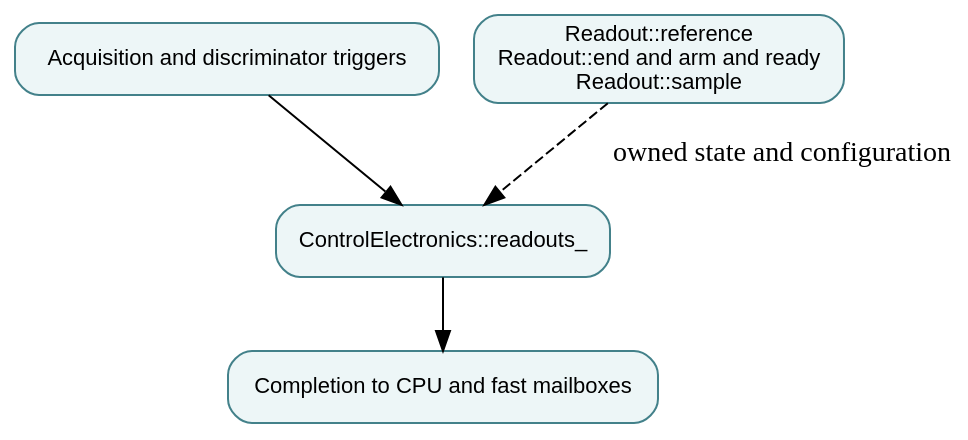
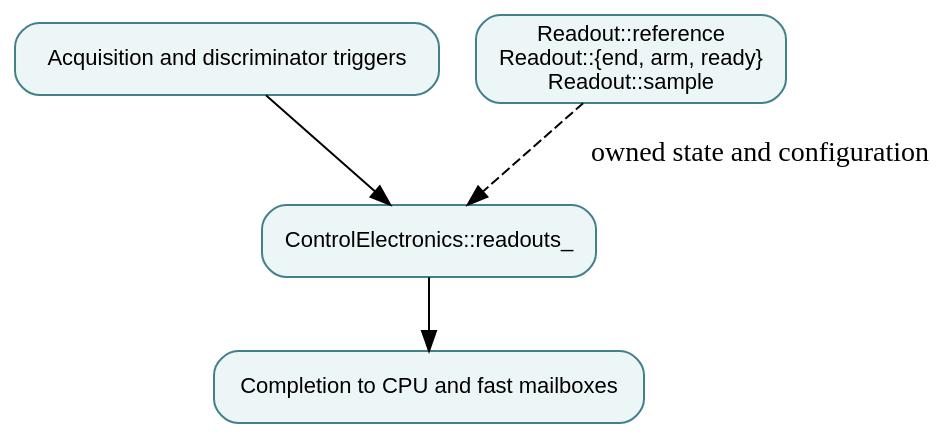
The diagram in docs/modules/acquisition-and-discrimination.md (qsbit-org/qsbit-sim), drawn with Graphviz before and after one commit. The commit also changed other lines of this file and 53 other files, not shown here.

````diff
--- a/docs/modules/acquisition-and-discrimination.md
+++ b/docs/modules/acquisition-and-discrimination.md
@@ -15,11 +17,11 @@
 ```{graphviz}
 digraph module {
   rankdir=TB; bgcolor="transparent";
   node [shape=box, style="rounded,filled", fillcolor="#edf6f7", color="#43818a", fontname="sans-serif", fontsize=11];
   input [label="Acquisition and discriminator triggers"];
   owner [label="ControlElectronics::readouts_"];
-  state [label="Readout::reference\nReadout::end and arm and ready\nReadout::sample"];
+  state [label="Readout::reference\nReadout::{end, arm, ready}\nReadout::sample"];
   output [label="Completion to CPU and fast mailboxes"];
   input -> owner; owner -> output; state -> owner [style=dashed, label="owned state and configuration"];
 }
 ```
````
